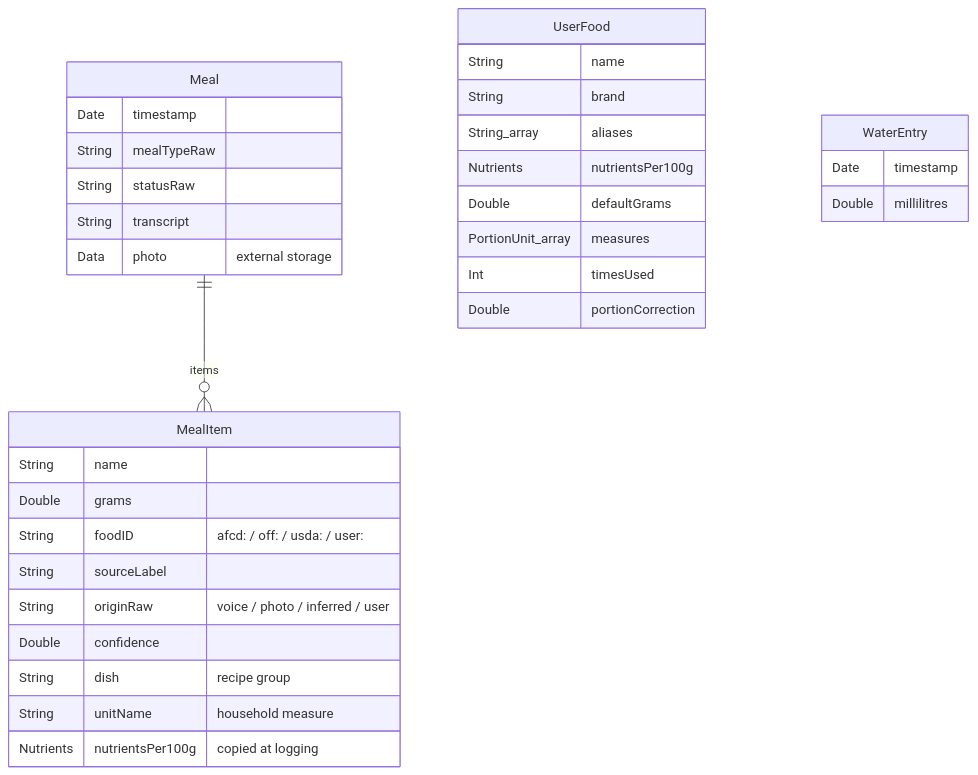
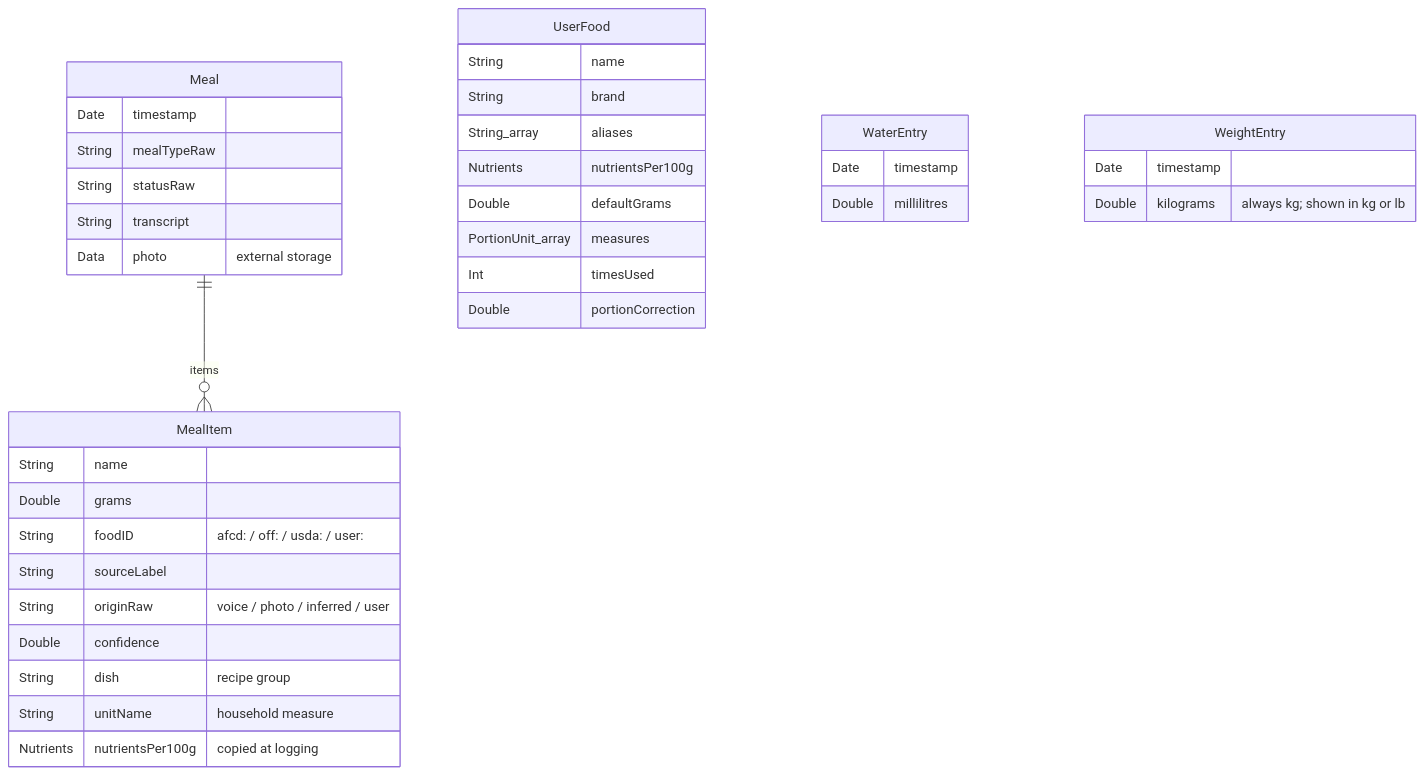
One commit to asmiyahasan/FoodLogger changed the second of 3 diagrams in docs/ARCHITECTURE.md. Above: the diagram before and after it, drawn with Mermaid. The commit also changed other lines of this file and 17 other files, not shown here.

````diff
--- a/docs/ARCHITECTURE.md
+++ b/docs/ARCHITECTURE.md
@@ -49,36 +50,40 @@
 ```mermaid
 erDiagram
     Meal ||--o{ MealItem : items
     Meal {
         Date timestamp
         String mealTypeRaw
         String statusRaw
         String transcript
         Data photo "external storage"
     }
     MealItem {
         String name
         Double grams
         String foodID "afcd: / off: / usda: / user:"
         String sourceLabel
         String originRaw "voice / photo / inferred / user"
         Double confidence
         String dish "recipe group"
         String unitName "household measure"
         Nutrients nutrientsPer100g "copied at logging"
     }
     UserFood {
         String name
         String brand
         String_array aliases
         Nutrients nutrientsPer100g
         Double defaultGrams
         PortionUnit_array measures
         Int timesUsed
         Double portionCorrection
     }
     WaterEntry {
         Date timestamp
         Double millilitres
     }
+    WeightEntry {
+        Date timestamp
+        Double kilograms "always kg; shown in kg or lb"
+    }
 ```
````
